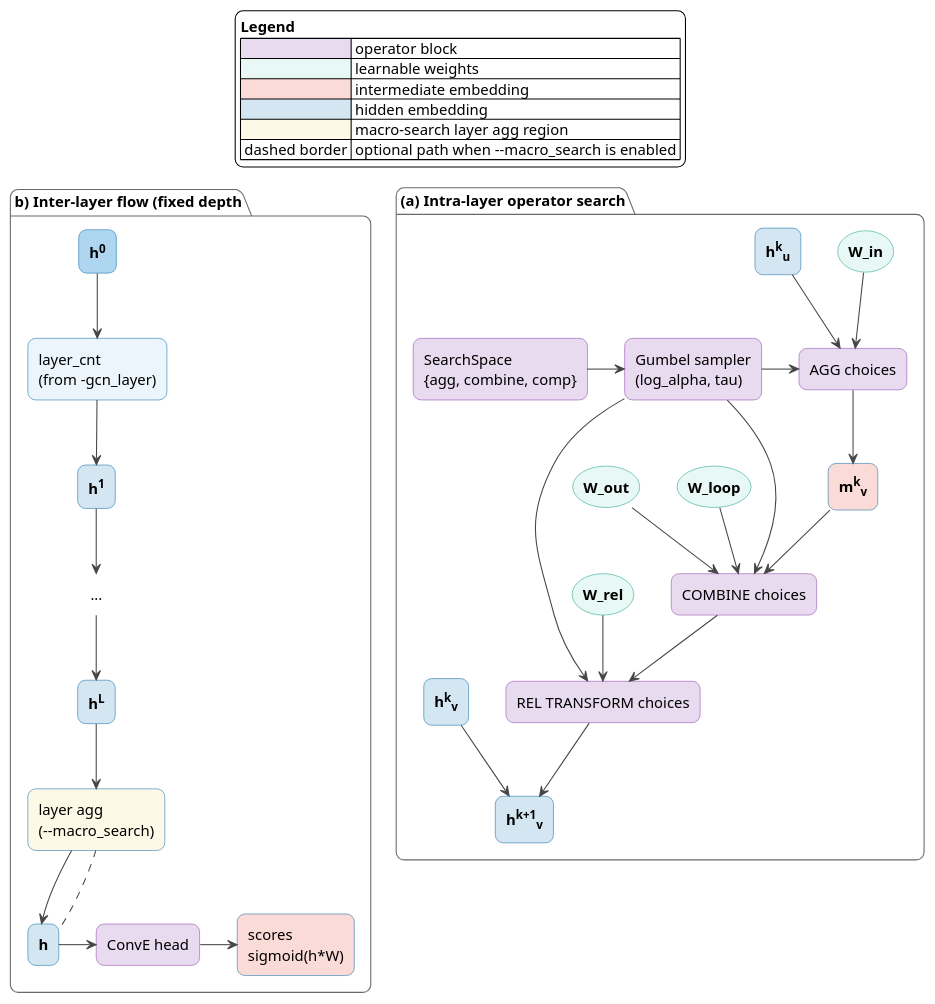
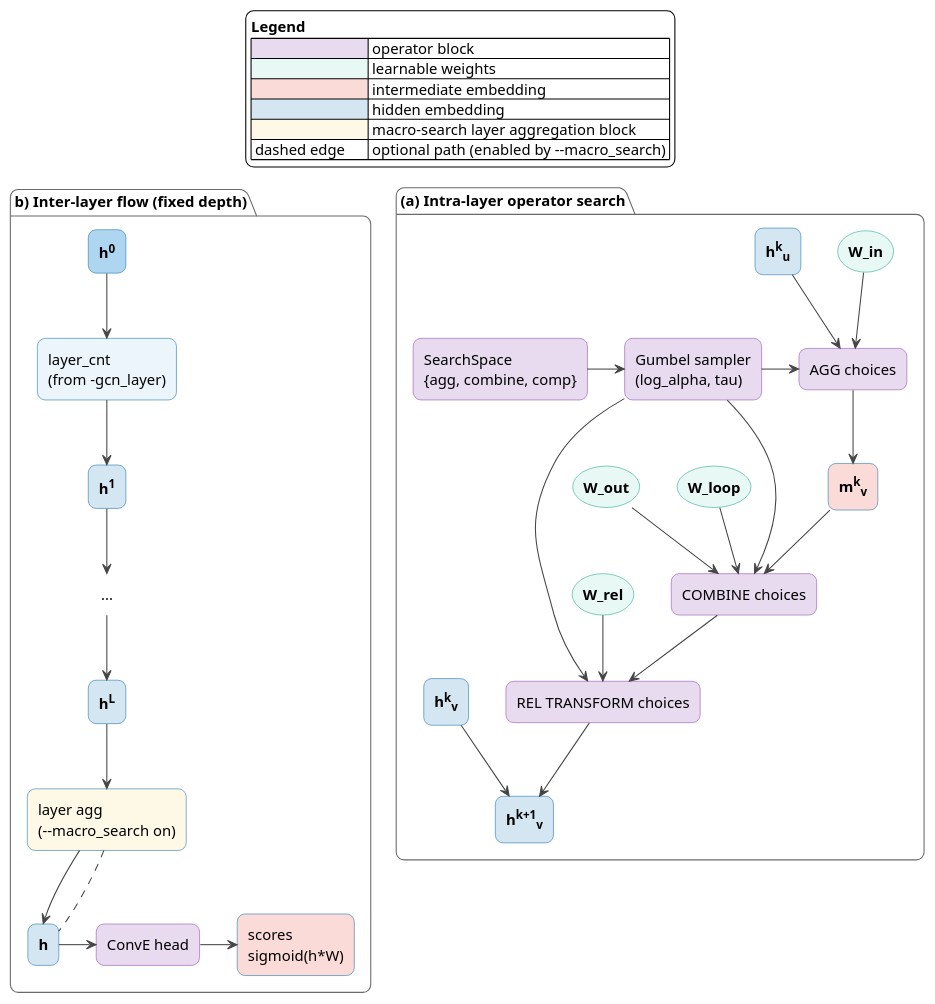
Before and after one commit to sap-13/PRiGNN: the diagram in diagram.puml, drawn with PlantUML.

Commit message:
new diagram

```diff
--- a/diagram.puml
+++ b/diagram.puml
@@ -1,90 +1,90 @@
 @startuml
 !theme vibrant
 
 skinparam defaultFontName sans-serif
 skinparam shadowing false
 skinparam roundCorner 15
 skinparam rectangle {
     BackgroundColor #EBF5FB
     BorderColor #0E6BA8
 }
 skinparam agent {
     BackgroundColor #E8DAEF
     BorderColor #8E44AD
 }
 skinparam storage {
     BackgroundColor #E8F8F5
     BorderColor #16A085
 }
 skinparam rectangle<<operator>> {
     BackgroundColor #E8DAEF
     BorderColor #8E44AD
 }
 hide stereotype
 
 legend top
 <font size=14><b>Legend</b></font>
-| <#E8DAEF> | operator block |
-| <#E8F8F5> | learnable weights |
-| <#FADBD8> | intermediate embedding |
-| <#D4E6F1> | hidden embedding |
-| <#FEF9E7> | macro-search layer agg region |
-| dashed border | optional path when --macro_search is enabled |
+| <#E8DAEF>   | operator block |
+| <#E8F8F5>   | learnable weights |
+| <#FADBD8>   | intermediate embedding |
+| <#D4E6F1>   | hidden embedding |
+| <#FEF9E7>   | macro-search layer aggregation block |
+| dashed edge      | optional path (enabled by --macro_search) |
 end legend
 
-package "(b) Inter-layer flow (fixed depth)" {
+package "(b) Inter-layer flow (fixed depth))" {
     rectangle "<b>h<sup>0</sup></b>" as h0 #AED6F1
     rectangle "layer_cnt\n(from -gcn_layer)" as layer_cnt
     rectangle "<b>h<sup>1</sup></b>" as h1 #D4E6F1
     label "..." as dots
     rectangle "<b>h<sup>L</sup></b>" as hL #D4E6F1
-    rectangle "layer agg\n(--macro_search)" as layer_agg #FEF9E7
+    rectangle "layer agg\n(--macro_search on)" as layer_agg #FEF9E7
     rectangle "<b>h</b>" as h_final #D4E6F1
     rectangle "ConvE head" as conve <<operator>>
     rectangle "scores\nsigmoid(h*W)" as scores #FADBD8
 
     h0 -d-> layer_cnt
     layer_cnt -d-> h1
     h1 -d-> dots
     dots -d-> hL
     hL -d-> layer_agg
     layer_agg -d-> h_final
     h_final -r-> conve
     conve -r-> scores
 
     layer_agg -[dashed]- h_final
 }
 
 package "(a) Intra-layer operator search" {
     agent "SearchSpace\n{agg, combine, comp}" as search_space
     agent "Gumbel sampler\n(log_alpha, tau)" as gumbel
     storage "<b>W_loop</b>" as W_loop
     storage "<b>W_in</b>" as W_in
     storage "<b>W_out</b>" as W_out
     storage "<b>W_rel</b>" as W_rel
     rectangle "<b>h<sup>k</sup><sub>u</sub></b>" as h_u #D4E6F1
     rectangle "<b>h<sup>k</sup><sub>v</sub></b>" as h_v #D4E6F1
     rectangle "AGG choices" as agg_ops <<operator>>
     rectangle "COMBINE choices" as combine_ops <<operator>>
     rectangle "REL TRANSFORM choices" as comp_ops <<operator>>
     rectangle "<b>m<sup>k</sup><sub>v</sub></b>" as m_v #FADBD8
     rectangle "<b>h<sup>k+1</sup><sub>v</sub></b>" as h_v_next #D4E6F1
 
     search_space -r-> gumbel
     gumbel -r-> agg_ops
     gumbel -r-> combine_ops
     gumbel -r-> comp_ops
 
     h_u --> agg_ops
     W_in --> agg_ops
     agg_ops --> m_v
     m_v --> combine_ops
     W_loop --> combine_ops
     W_out --> combine_ops
     combine_ops --> comp_ops
     W_rel --> comp_ops
     comp_ops --> h_v_next
     h_v --> h_v_next
 }
 
 @enduml
```
